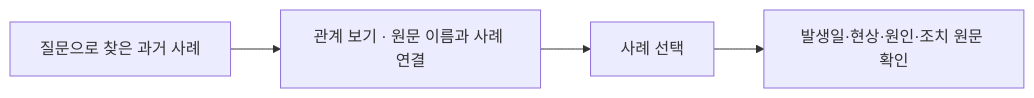
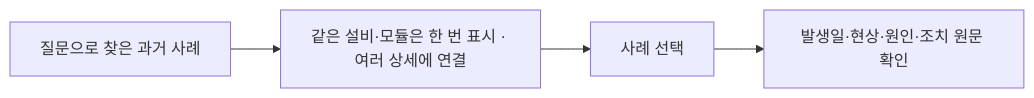
Before and after one commit to pmh10401/cs-excel-rag: the first of 17 diagrams in docs/임원보고서.md, drawn with Mermaid. The commit also changed other lines of this file and 12 other files, not shown here.

````diff
--- a/docs/임원보고서.md
+++ b/docs/임원보고서.md
@@ -15,6 +17,6 @@
 ```mermaid
 flowchart LR
-    A[질문으로 찾은 과거 사례] --> B[관계 보기 · 원문 이름과 사례 연결]
+    A[질문으로 찾은 과거 사례] --> B[같은 설비·모듈은 한 번 표시 · 여러 상세에 연결]
     B --> C[사례 선택]
     C --> D[발생일·현상·원인·조치 원문 확인]
 ```
````
